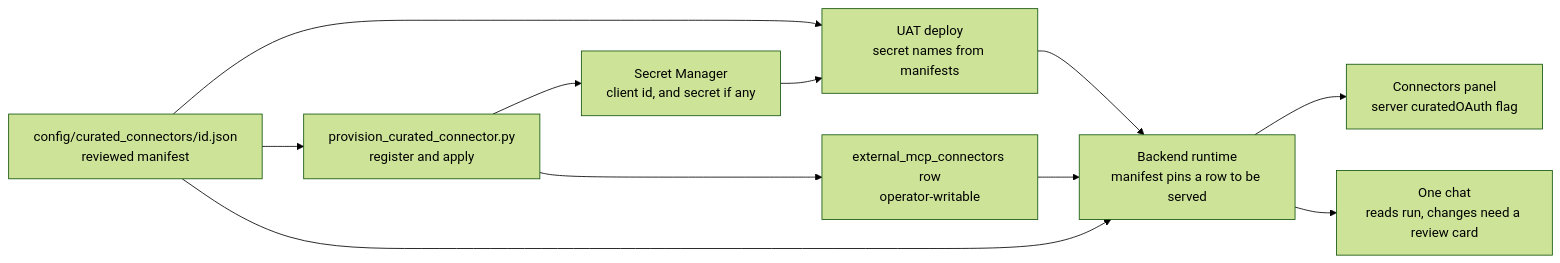
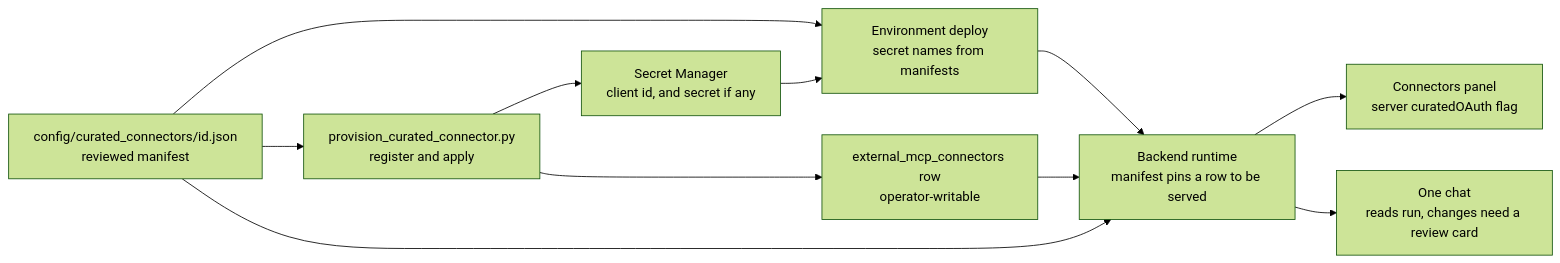
The diagram in docs/reference/one/curated-mcp-connectors.md (hushh-labs/hushh-research), drawn with Mermaid (forest theme) before and after one commit. The commit also changed other lines of this file and 14 other files, not shown here.

````diff
--- a/docs/reference/one/curated-mcp-connectors.md
+++ b/docs/reference/one/curated-mcp-connectors.md
@@ -10,22 +10,22 @@
 ```mermaid
 flowchart LR
   manifest["config/curated_connectors/id.json\nreviewed manifest"]
   provision["provision_curated_connector.py\nregister and apply"]
   registry["external_mcp_connectors row\noperator-writable"]
   secrets["Secret Manager\nclient id, and secret if any"]
-  deploy["UAT deploy\nsecret names from manifests"]
+  deploy["Environment deploy\nsecret names from manifests"]
   runtime["Backend runtime\nmanifest pins a row to be served"]
   panel["Connectors panel\nserver curatedOAuth flag"]
   chat["One chat\nreads run, changes need a review card"]
 
   manifest --> provision
   provision --> registry
   provision --> secrets
   manifest --> deploy
   secrets --> deploy
   deploy --> runtime
   registry --> runtime
   manifest --> runtime
   runtime --> panel
   runtime --> chat
 ```
````
